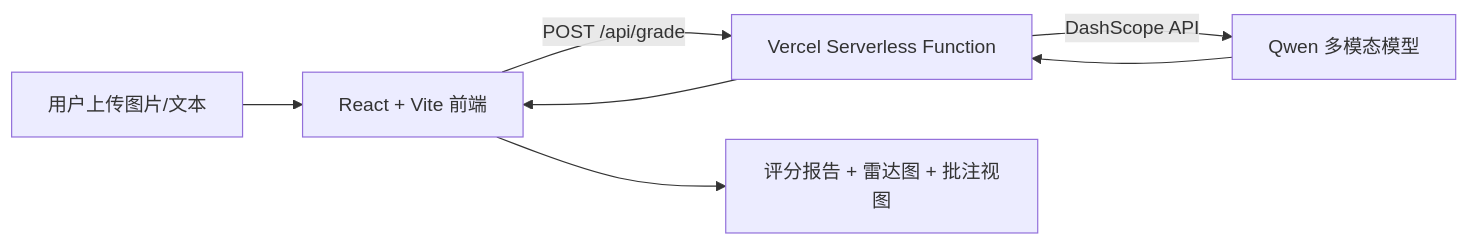
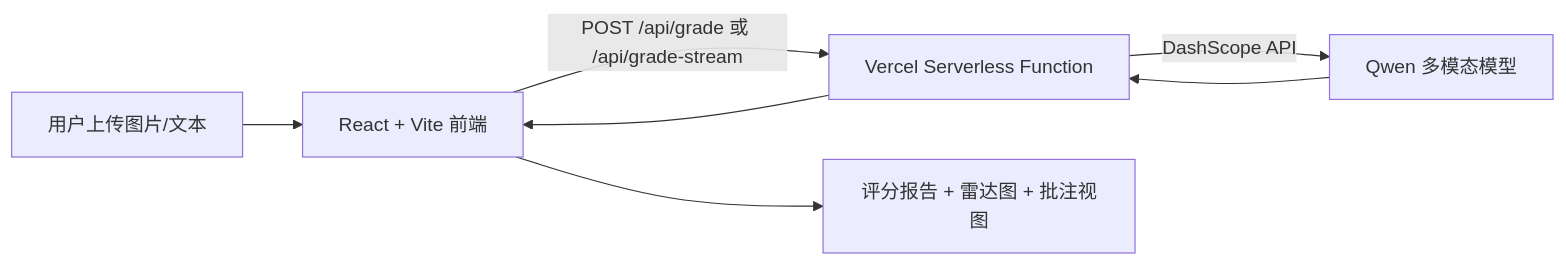
One commit to luchen123456/shenlun-ai changed the diagram in README.md. Above: the diagram before and after it, drawn with Mermaid. The commit also changed other lines of this file, not shown here.

````diff
--- a/README.md
+++ b/README.md
@@ -38,9 +38,9 @@
 ```mermaid
 flowchart LR
   U[用户上传图片/文本] --> F[React + Vite 前端]
-  F -->|POST /api/grade| S[Vercel Serverless Function]
+  F -->|POST /api/grade 或 /api/grade-stream| S[Vercel Serverless Function]
   S -->|DashScope API| LLM[Qwen 多模态模型]
   LLM --> S
   S --> F
   F --> R[评分报告 + 雷达图 + 批注视图]
 ```
````
